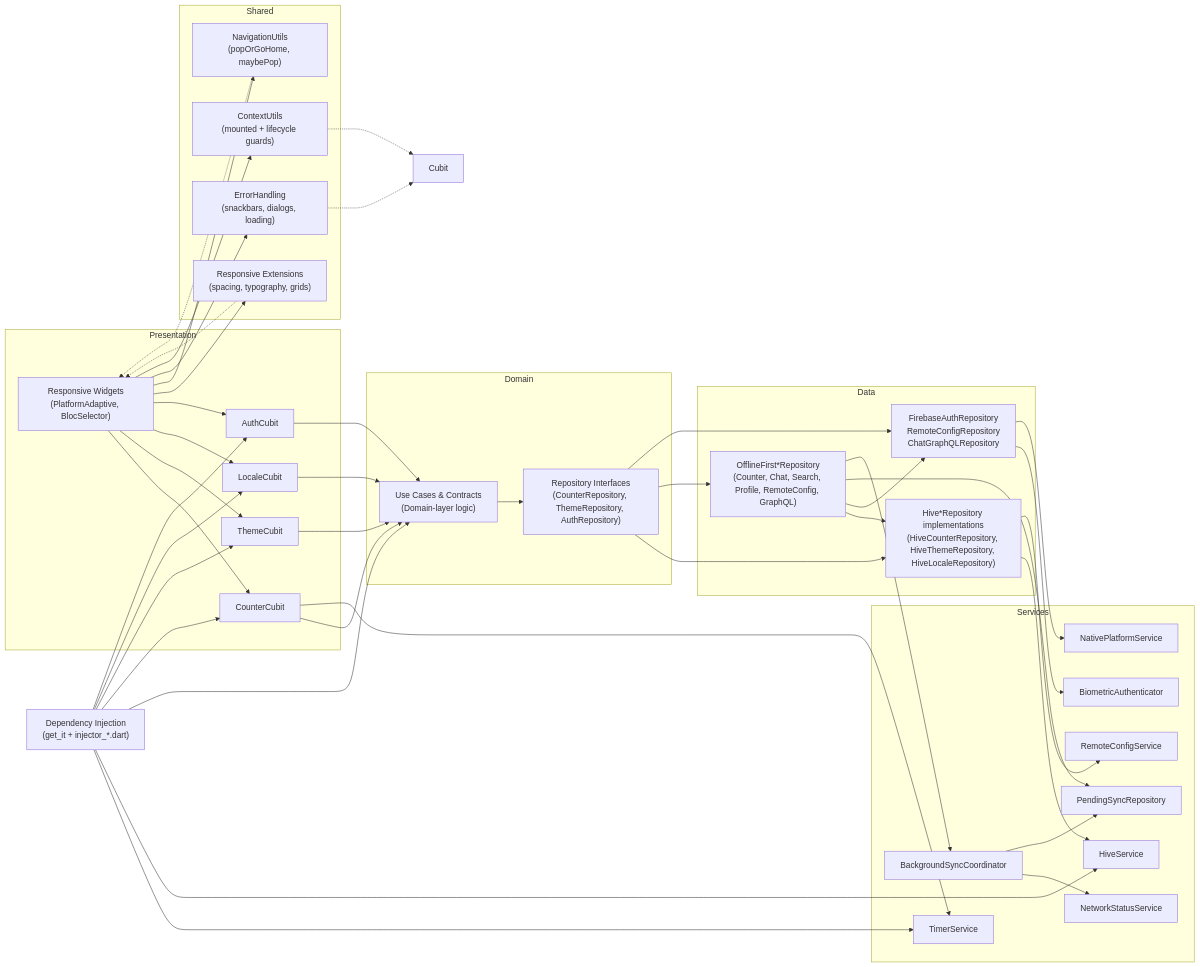
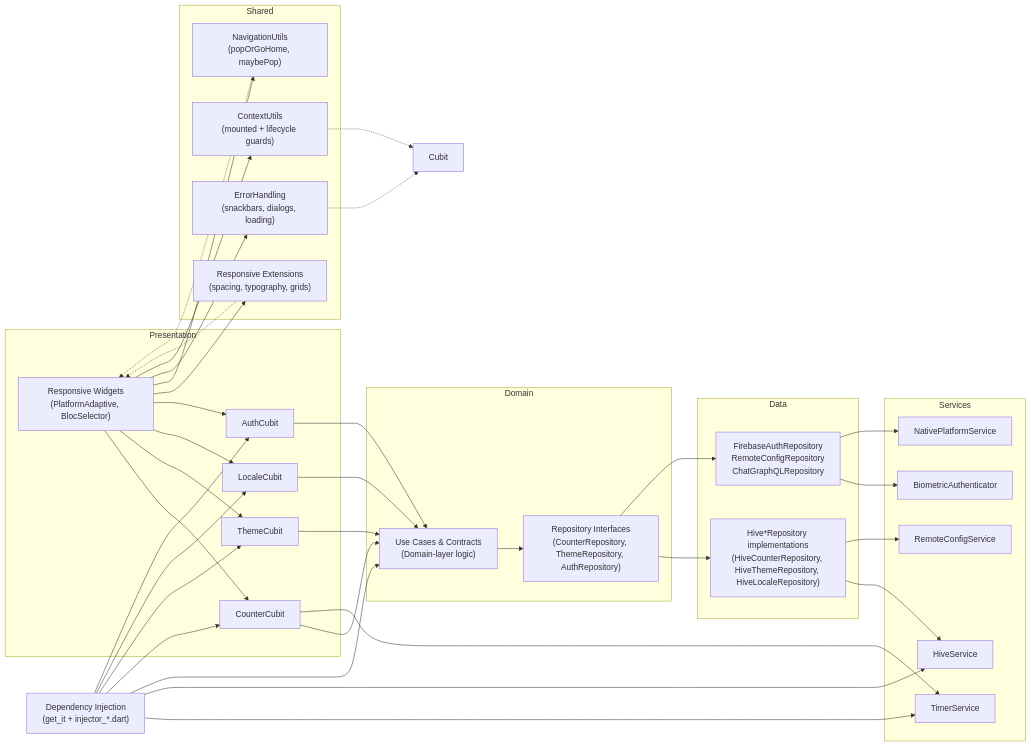
Before and after one commit to redjadet/flutter_bloc_app: the first of 2 diagrams in README.md, drawn with Mermaid. The commit also changed other lines of this file and 5 other files, not shown here.

````diff
--- a/README.md
+++ b/README.md
@@ -191,81 +183,70 @@
 ```mermaid
 flowchart LR
   subgraph Presentation
     Widgets["Responsive Widgets<br/>(PlatformAdaptive, BlocSelector)"]
     CounterCubit
     ThemeCubit
     LocaleCubit
     AuthCubit
   end
 
   subgraph Domain
     UseCases["Use Cases & Contracts<br/>(Domain-layer logic)"]
     Repositories["Repository Interfaces<br/>(CounterRepository, ThemeRepository, AuthRepository)"]
   end
 
   subgraph Data
     HiveRepos["Hive*Repository implementations<br/>(HiveCounterRepository, HiveThemeRepository, HiveLocaleRepository)"]
-    OfflineFirstRepos["OfflineFirst*Repository<br/>(Counter, Chat, Search, Profile, RemoteConfig, GraphQL)"]
     NetworkRepos["FirebaseAuthRepository<br/>RemoteConfigRepository<br/>ChatGraphQLRepository"]
   end
 
   subgraph Services
     TimerService
     HiveService
     BiometricAuthenticator
     NativePlatformService
     RemoteConfigService
-    BackgroundSyncCoordinator
-    NetworkStatusService
-    PendingSyncRepository
   end
 
   Injector["Dependency Injection<br/>(get_it + injector_*.dart)"]
 
   subgraph Shared
     ResponsiveExt["Responsive Extensions<br/>(spacing, typography, grids)"]
     ContextUtilsNode["ContextUtils<br/>(mounted + lifecycle guards)"]
     NavigationUtilsNode["NavigationUtils<br/>(popOrGoHome, maybePop)"]
     ErrorHandlingNode["ErrorHandling<br/>(snackbars, dialogs, loading)"]
   end
 
   Widgets --> CounterCubit
   Widgets --> ThemeCubit
   Widgets --> LocaleCubit
   Widgets --> AuthCubit
   Widgets --> ResponsiveExt
   Widgets --> NavigationUtilsNode
   Widgets --> ErrorHandlingNode
   Widgets --> ContextUtilsNode
   CounterCubit --> UseCases
   ThemeCubit --> UseCases
   LocaleCubit --> UseCases
   AuthCubit --> UseCases
   UseCases --> Repositories
   Repositories --> HiveRepos
-  Repositories --> OfflineFirstRepos
   Repositories --> NetworkRepos
   HiveRepos --> HiveService
-  OfflineFirstRepos --> HiveRepos
-  OfflineFirstRepos --> NetworkRepos
-  OfflineFirstRepos --> PendingSyncRepository
-  OfflineFirstRepos --> BackgroundSyncCoordinator
-  BackgroundSyncCoordinator --> NetworkStatusService
-  BackgroundSyncCoordinator --> PendingSyncRepository
   HiveRepos --> RemoteConfigService
   NetworkRepos --> BiometricAuthenticator
   NetworkRepos --> NativePlatformService
   CounterCubit --> TimerService
   Injector --> CounterCubit
   Injector --> ThemeCubit
   Injector --> LocaleCubit
   Injector --> AuthCubit
   Injector --> TimerService
   Injector --> HiveService
   Injector --> UseCases
 
   ContextUtilsNode -.-> Cubit
   ErrorHandlingNode -.-> Cubit
   NavigationUtilsNode -.-> Widgets
   ResponsiveExt -.-> Widgets
 ```
````
